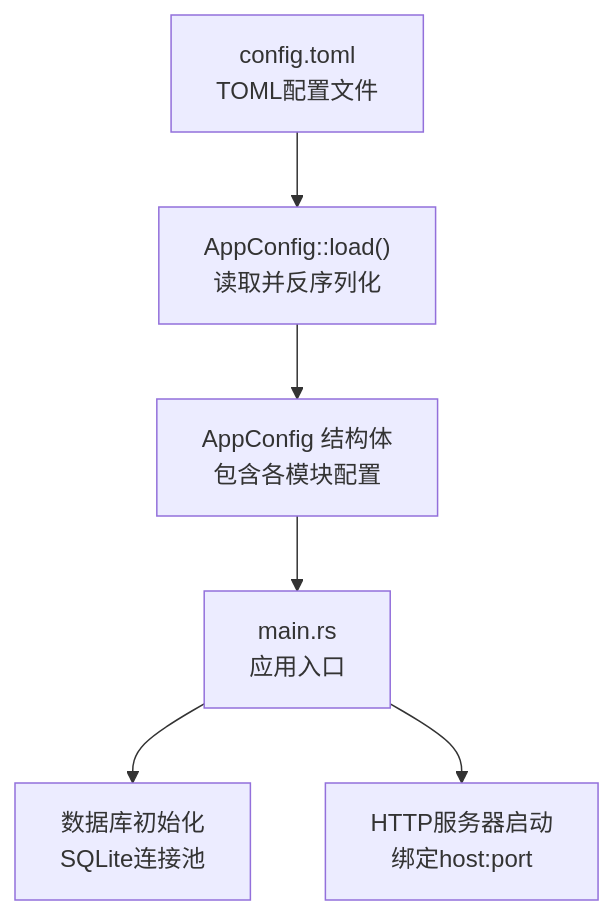
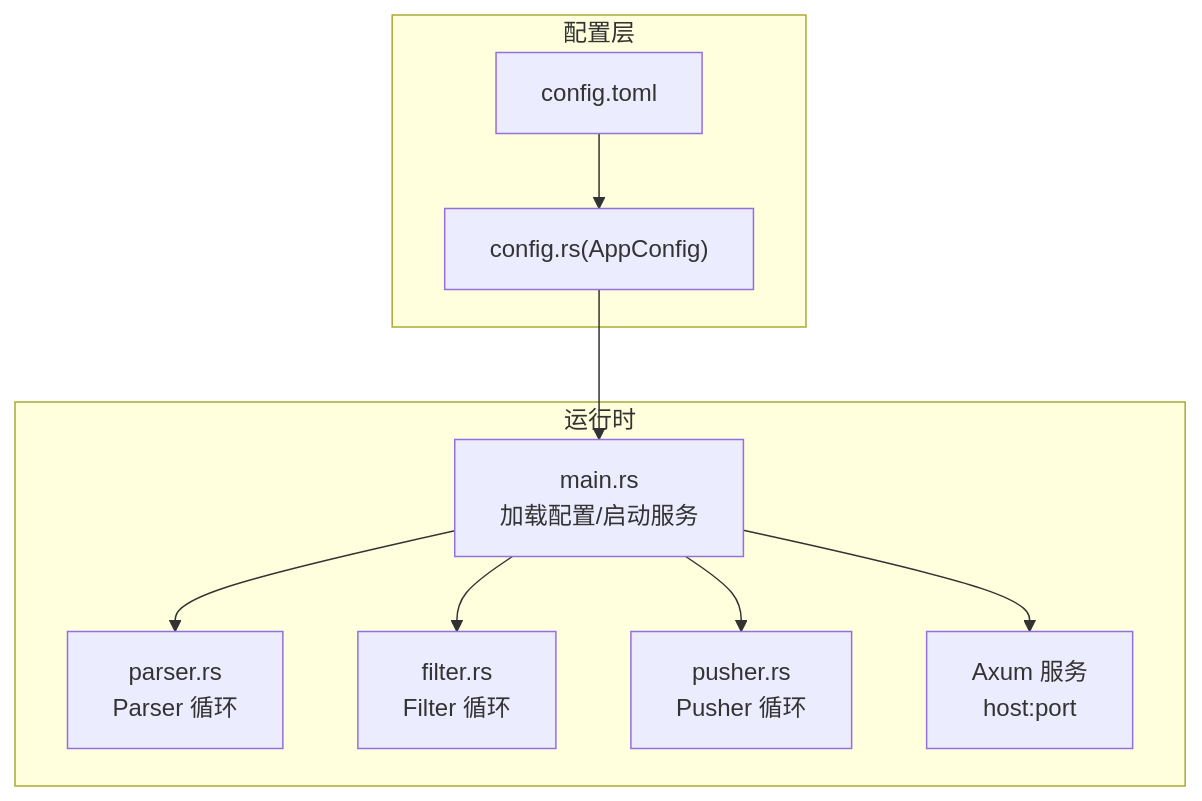
The second of 3 diagrams in .qoder/repowiki/zh/content/配置管理.md (leimu-hue/AI-Trend-Tool), drawn with Mermaid before and after one commit. The commit also changed other lines of this file and 118 other files, not shown here.

````diff
--- a/.qoder/repowiki/zh/content/配置管理.md
+++ b/.qoder/repowiki/zh/content/配置管理.md
@@ -34,8 +130,19 @@
 ```mermaid
 graph TB
-cfg["config.toml<br/>TOML配置文件"] --> loader["AppConfig::load()<br/>读取并反序列化"]
-loader --> model["AppConfig 结构体<br/>包含各模块配置"]
-model --> main["main.rs<br/>应用入口"]
-main --> db["数据库初始化<br/>SQLite连接池"]
-main --> http["HTTP服务器启动<br/>绑定host:port"]
+subgraph "配置层"
+T["config.toml"]
+S["config.rs(AppConfig)"]
+end
+subgraph "运行时"
+M["main.rs<br/>加载配置/启动服务"]
+P["parser.rs<br/>Parser 循环"]
+F["filter.rs<br/>Filter 循环"]
+U["pusher.rs<br/>Pusher 循环"]
+A["Axum 服务<br/>host:port"]
+end
+T --> S --> M
+M --> P
+M --> F
+M --> U
+M --> A
 ```
````
